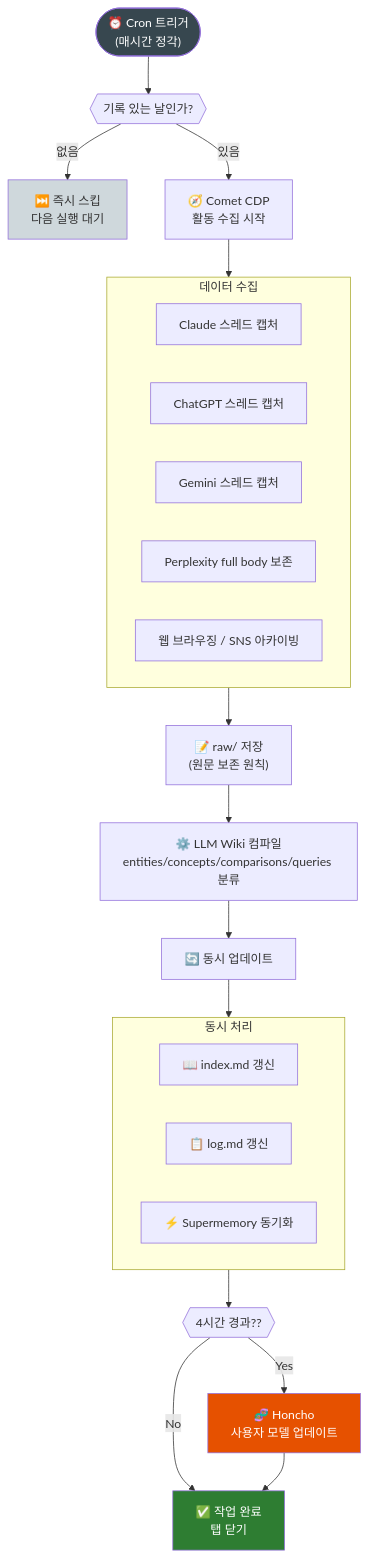
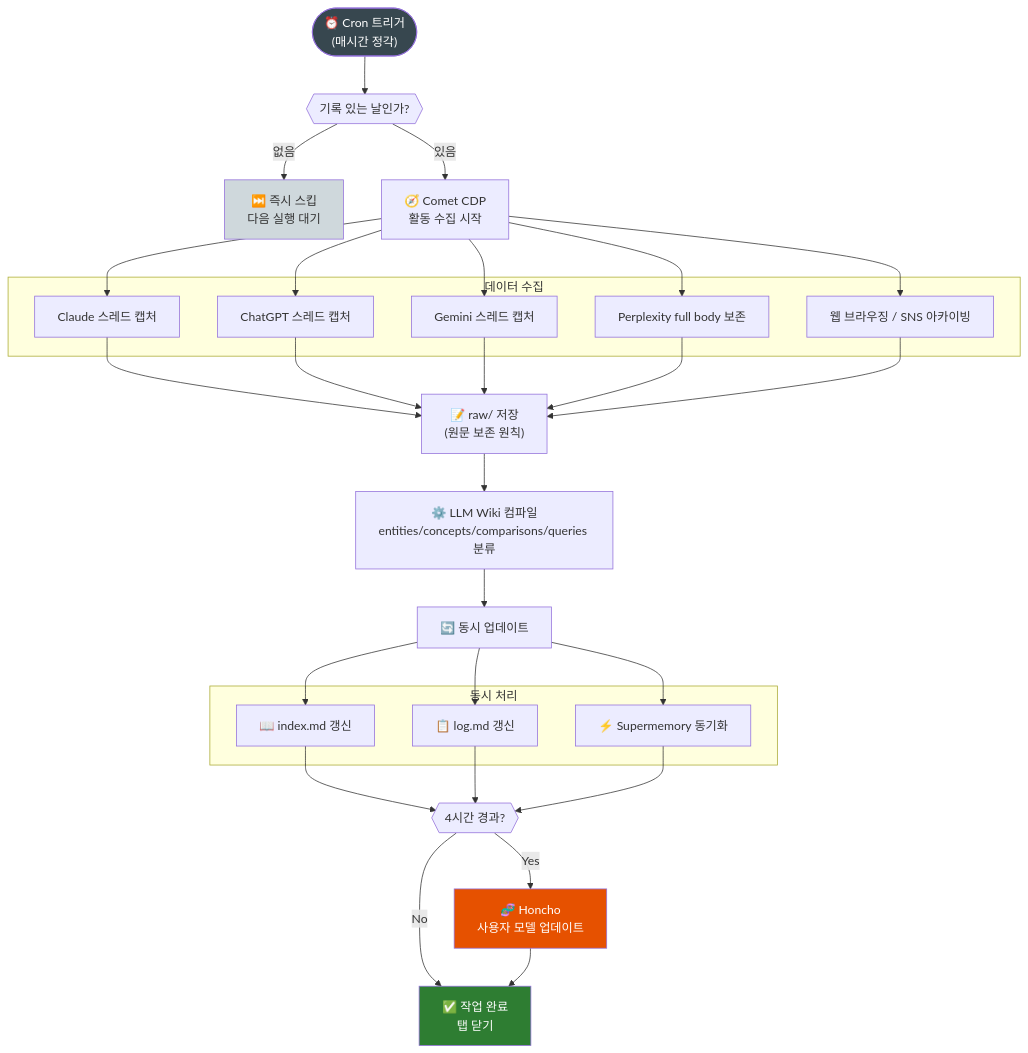
One commit to k82022603/k82022603.github.io changed the seventh of 10 diagrams in _posts/2026-04-14-hermes-agent-×-llm-wiki:-나를-이해하는-ai-두뇌-운영체계.md. Above: the diagram before and after it, drawn with Mermaid. The commit also changed other lines of this file, not shown here.

Commit message:
auto: sync wiki to blog [2026-04-15 09:08:52]

````diff
--- a/_posts/2026-04-14-hermes-agent-×-llm-wiki:-나를-이해하는-ai-두뇌-운영체계.md
+++ b/_posts/2026-04-14-hermes-agent-×-llm-wiki:-나를-이해하는-ai-두뇌-운영체계.md
@@ -439,52 +440,52 @@
 ```mermaid
 flowchart TD
-    Start(["⏰ Cron 트리거\n(매시간 정각)"])
+    Start(["⏰ Cron 트리거<br/>(매시간 정각)"])
     
     A{{"기록 있는 날인가?"}}
-    Skip["⏭️ 즉시 스킵\n다음 실행 대기"]
+    Skip["⏭️ 즉시 스킵<br/>다음 실행 대기"]
     
-    B["🧭 Comet CDP\n활동 수집 시작"]
+    B["🧭 Comet CDP<br/>활동 수집 시작"]
     
-    subgraph 수집["데이터 수집"]
+    subgraph 수집 ["데이터 수집"]
         C1["Claude 스레드 캡처"]
         C2["ChatGPT 스레드 캡처"]
         C3["Gemini 스레드 캡처"]
         C4["Perplexity full body 보존"]
         C5["웹 브라우징 / SNS 아카이빙"]
     end
     
-    D["📝 raw/ 저장\n(원문 보존 원칙)"]
+    D["📝 raw/ 저장<br/>(원문 보존 원칙)"]
     
-    E["⚙️ LLM Wiki 컴파일\nentities/concepts/comparisons/queries 분류"]
+    E["⚙️ LLM Wiki 컴파일<br/>entities/concepts/comparisons/queries 분류"]
     
     F["🔄 동시 업데이트"]
     
-    subgraph 업데이트["동시 처리"]
+    subgraph 업데이트 ["동시 처리"]
         G1["📖 index.md 갱신"]
         G2["📋 log.md 갱신"]
         G3["⚡ Supermemory 동기화"]
     end
     
-    H{{"4시간 경과??"}}
-    I["🧬 Honcho\n사용자 모델 업데이트"]
+    H{{"4시간 경과?"}}
+    I["🧬 Honcho<br/>사용자 모델 업데이트"]
     
-    J["✅ 작업 완료\n탭 닫기"]
+    J["✅ 작업 완료<br/>탭 닫기"]
     
     Start --> A
     A -->|없음| Skip
     A -->|있음| B
-    B --> 수집
-    수집 --> D
+    B --> C1 & C2 & C3 & C4 & C5
+    C1 & C2 & C3 & C4 & C5 --> D
     D --> E
     E --> F
-    F --> 업데이트
-    업데이트 --> H
+    F --> G1 & G2 & G3
+    G1 & G2 & G3 --> H
     H -->|Yes| I
     H -->|No| J
     I --> J
     
     style Start fill:#37474F,color:#fff
     style Skip fill:#CFD8DC
     style I fill:#E65100,color:#fff
     style J fill:#2E7D32,color:#fff
 ```
````
